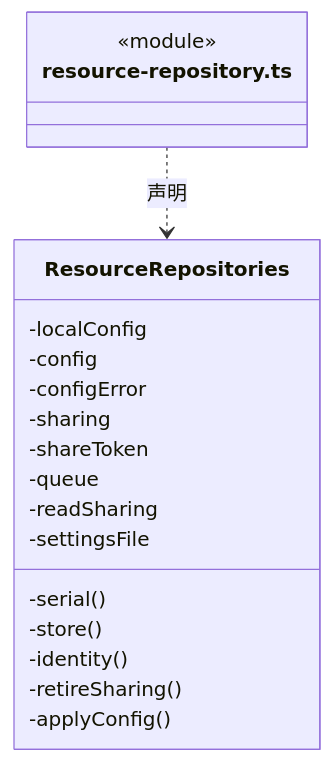
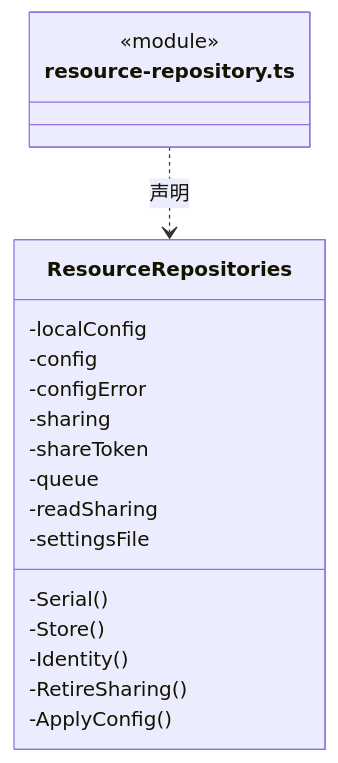
Before and after one commit to nan023062/cbim: the fifth of 8 diagrams in src/logic/resources/service/ARCHITECTURE.md, drawn with Mermaid. The commit also changed other lines of this file and 1035 other files, not shown here.

````diff
--- a/src/logic/resources/service/ARCHITECTURE.md
+++ b/src/logic/resources/service/ARCHITECTURE.md
@@ -121,22 +121,22 @@
 ```mermaid
 classDiagram
 class N_src_logic_resources_service_resource_repository_ts["resource-repository.ts"] {
   <<module>>
 }
 class N_src_logic_resources_service_resource_repository_ts_ResourceRepositories["ResourceRepositories"] {
   -localConfig
   -config
   -configError
   -sharing
   -shareToken
   -queue
   -readSharing
   -settingsFile
-  -serial()
-  -store()
-  -identity()
-  -retireSharing()
-  -applyConfig()
+  -Serial()
+  -Store()
+  -Identity()
+  -RetireSharing()
+  -ApplyConfig()
 }
 N_src_logic_resources_service_resource_repository_ts ..> N_src_logic_resources_service_resource_repository_ts_ResourceRepositories : 声明
 ```
````
